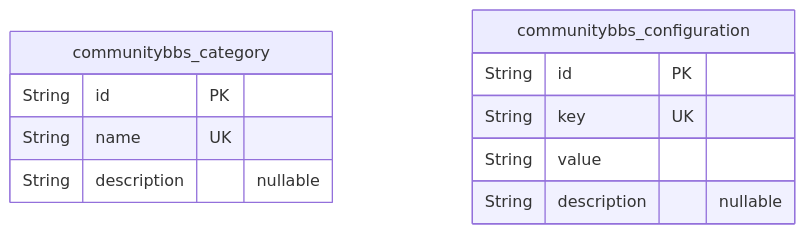
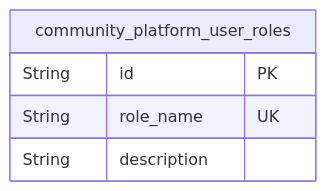
The first of 8 diagrams in docs/ERD.md (wrtnlabs/autobe-example-reddit-qwen-qwen3-next-80b-a3b-instruct), drawn with Mermaid before and after one commit. The commit also changed other lines of this file and 472 other files, not shown here.

````diff
--- a/docs/ERD.md
+++ b/docs/ERD.md
@@ -16,14 +16,8 @@
 ```mermaid
 erDiagram
-"communitybbs_category" {
+"community_platform_user_roles" {
   String id PK
-  String name UK
-  String description "nullable"
-}
-"communitybbs_configuration" {
-  String id PK
-  String key UK
-  String value
-  String description "nullable"
+  String role_name UK
+  String description
 }
 ```
````
